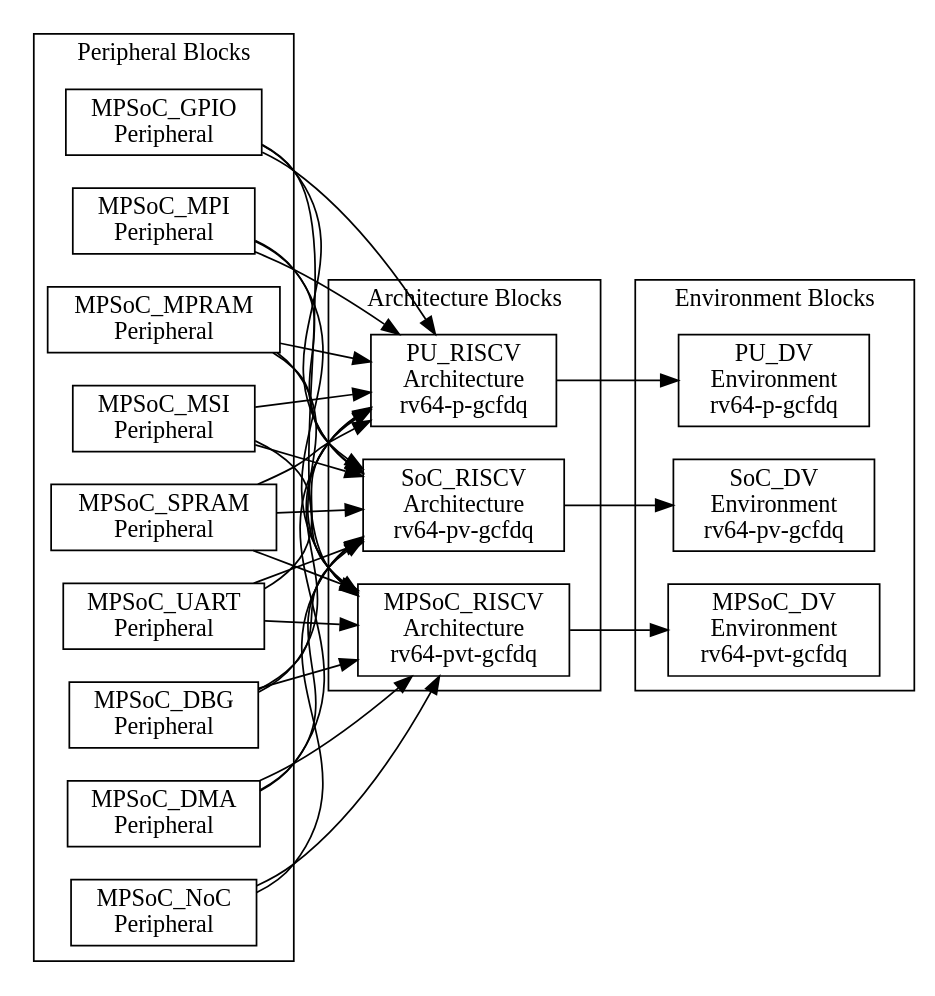
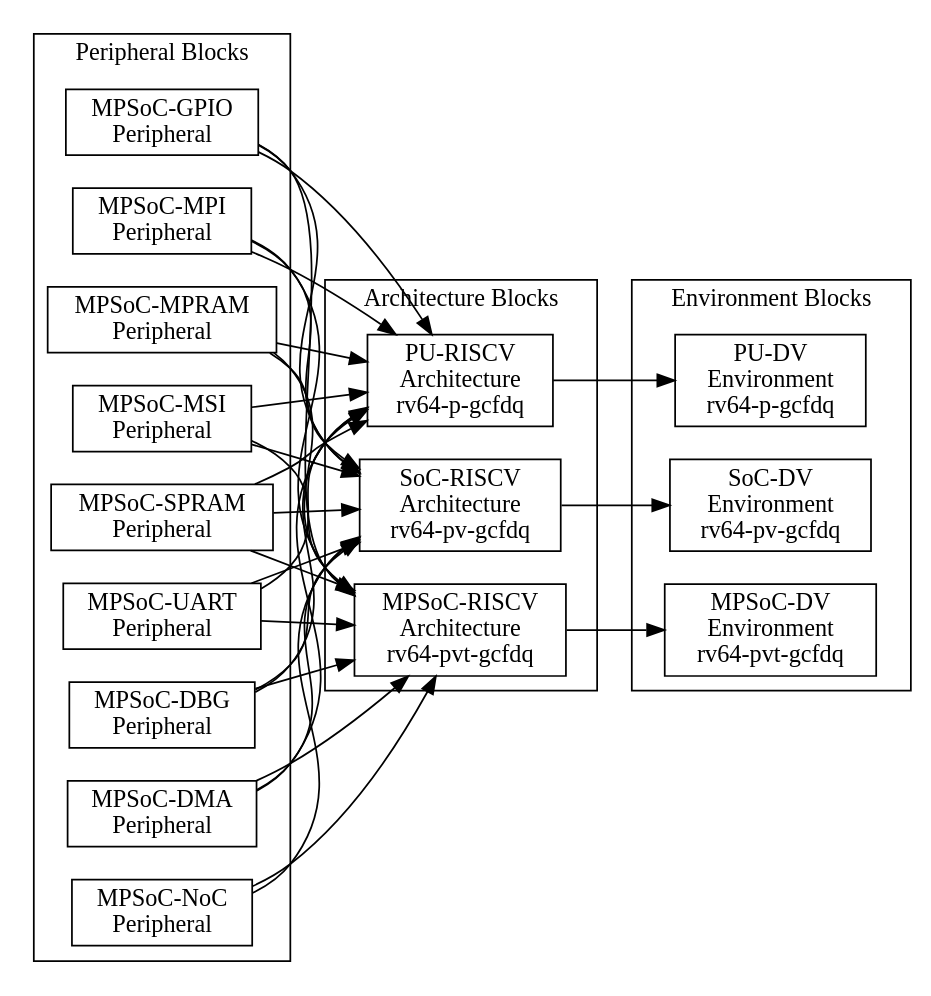
The diagram in doc/isa/assets/dependences-global.dot (PacoReinaCampo/PU-RISCV), drawn with Graphviz before and after one commit. The commit also changed 97 other files, not shown here.

```diff
--- a/doc/isa/assets/dependences-global.dot
+++ b/doc/isa/assets/dependences-global.dot
@@ -1,69 +1,69 @@
 digraph Project {
   // Introduction
   graph [rankdir = LR];
   node[shape=record];
 
   // Peripheral Blocks
   subgraph "cluster PeripheralBlocks" { label = "Peripheral Blocks";
-    MPSoC_DBG[label="MPSoC_DBG\nPeripheral"];
-    MPSoC_DMA[label="MPSoC_DMA\nPeripheral"];
-    MPSoC_GPIO[label="MPSoC_GPIO\nPeripheral"];
-    MPSoC_MPI[label="MPSoC_MPI\nPeripheral"];
-    MPSoC_MPRAM[label="MPSoC_MPRAM\nPeripheral"];
-    MPSoC_MSI[label="MPSoC_MSI\nPeripheral"];
-    MPSoC_NoC[label="MPSoC_NoC\nPeripheral"];
-    MPSoC_SPRAM[label="MPSoC_SPRAM\nPeripheral"];
-    MPSoC_UART[label="MPSoC_UART\nPeripheral"];
+    MPSoC_DBG[label="MPSoC-DBG\nPeripheral"];
+    MPSoC_DMA[label="MPSoC-DMA\nPeripheral"];
+    MPSoC_GPIO[label="MPSoC-GPIO\nPeripheral"];
+    MPSoC_MPI[label="MPSoC-MPI\nPeripheral"];
+    MPSoC_MPRAM[label="MPSoC-MPRAM\nPeripheral"];
+    MPSoC_MSI[label="MPSoC-MSI\nPeripheral"];
+    MPSoC_NoC[label="MPSoC-NoC\nPeripheral"];
+    MPSoC_SPRAM[label="MPSoC-SPRAM\nPeripheral"];
+    MPSoC_UART[label="MPSoC-UART\nPeripheral"];
   }
 
   // Architecture Blocks
   subgraph "cluster ArchitectureBlocks" { label = "Architecture Blocks";
-    MPSoC_RISCV[label="MPSoC_RISCV\nArchitecture\nrv64-pvt-gcfdq"];
-    SoC_RISCV[label="SoC_RISCV\nArchitecture\nrv64-pv-gcfdq"];
-    PU_RISCV[label="PU_RISCV\nArchitecture\nrv64-p-gcfdq"];
+    MPSoC_RISCV[label="MPSoC-RISCV\nArchitecture\nrv64-pvt-gcfdq"];
+    SoC_RISCV[label="SoC-RISCV\nArchitecture\nrv64-pv-gcfdq"];
+    PU_RISCV[label="PU-RISCV\nArchitecture\nrv64-p-gcfdq"];
   }
 
   // Environment Blocks
   subgraph "cluster EnvironmentBlocks" { label = "Environment Blocks";
-    MPSoC_DV[label="MPSoC_DV\nEnvironment\nrv64-pvt-gcfdq"];
-    SoC_DV[label="SoC_DV\nEnvironment\nrv64-pv-gcfdq"];
-    PU_DV[label="PU_DV\nEnvironment\nrv64-p-gcfdq"];
+    MPSoC_DV[label="MPSoC-DV\nEnvironment\nrv64-pvt-gcfdq"];
+    SoC_DV[label="SoC-DV\nEnvironment\nrv64-pv-gcfdq"];
+    PU_DV[label="PU-DV\nEnvironment\nrv64-p-gcfdq"];
   }
 
   // Peripheral -> Architecture
   MPSoC_DBG -> MPSoC_RISCV;
   MPSoC_DMA -> MPSoC_RISCV;
   MPSoC_GPIO -> MPSoC_RISCV;
   MPSoC_MPI -> MPSoC_RISCV;
   MPSoC_MPRAM -> MPSoC_RISCV;
   MPSoC_MSI -> MPSoC_RISCV;
   MPSoC_NoC -> MPSoC_RISCV;
   MPSoC_SPRAM -> MPSoC_RISCV;
   MPSoC_UART -> MPSoC_RISCV;
 
   MPSoC_DBG -> SoC_RISCV;
   MPSoC_DMA -> SoC_RISCV;
   MPSoC_GPIO -> SoC_RISCV;
   MPSoC_MPI -> SoC_RISCV;
   MPSoC_MPRAM -> SoC_RISCV;
   MPSoC_MSI -> SoC_RISCV;
   MPSoC_NoC -> SoC_RISCV;
   MPSoC_SPRAM -> SoC_RISCV;
   MPSoC_UART -> SoC_RISCV;
 
   MPSoC_DBG -> PU_RISCV;
   MPSoC_DMA -> PU_RISCV;
   MPSoC_GPIO -> PU_RISCV;
   MPSoC_MPI -> PU_RISCV;
   MPSoC_MPRAM -> PU_RISCV;
   MPSoC_MSI -> PU_RISCV;
   MPSoC_SPRAM -> PU_RISCV;
   MPSoC_UART -> PU_RISCV;
 
   // Architecture -> Environment
   PU_RISCV -> PU_DV;
 
   SoC_RISCV -> SoC_DV;
 
   MPSoC_RISCV -> MPSoC_DV;
 }
```
